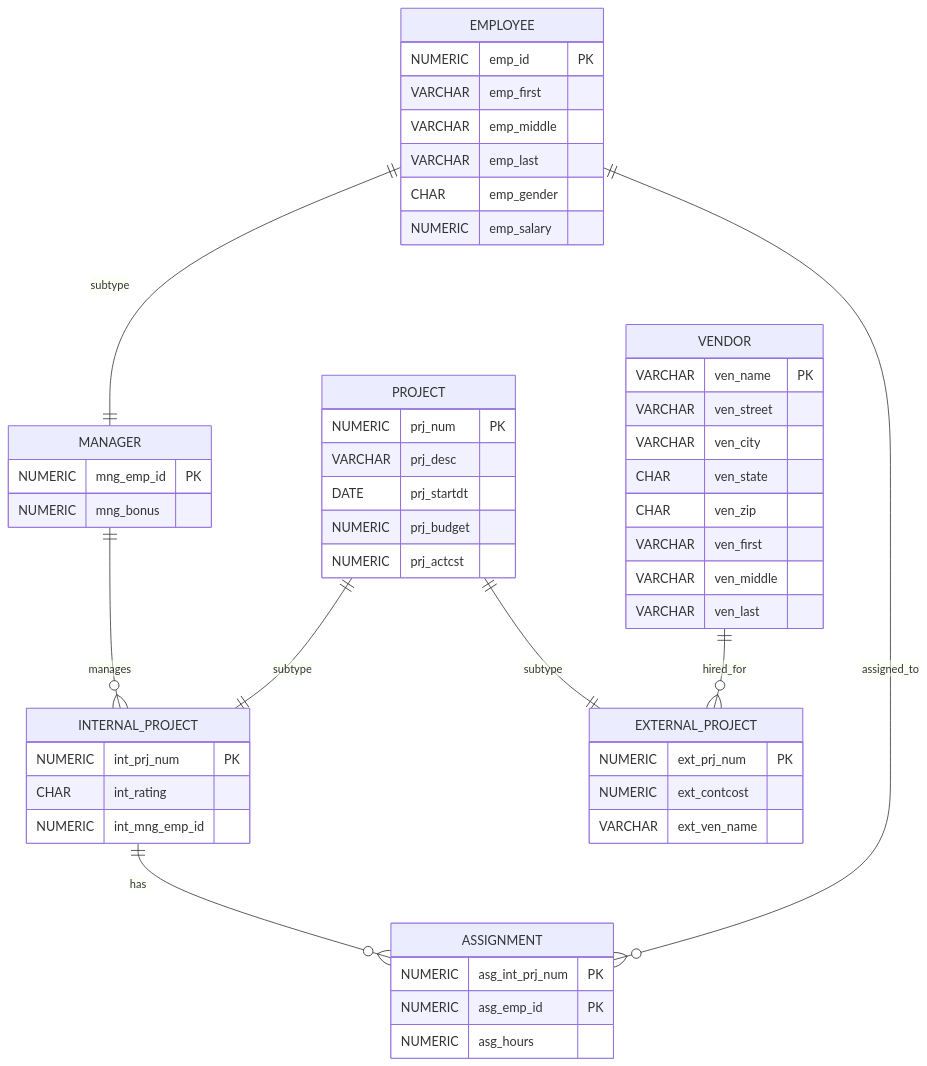
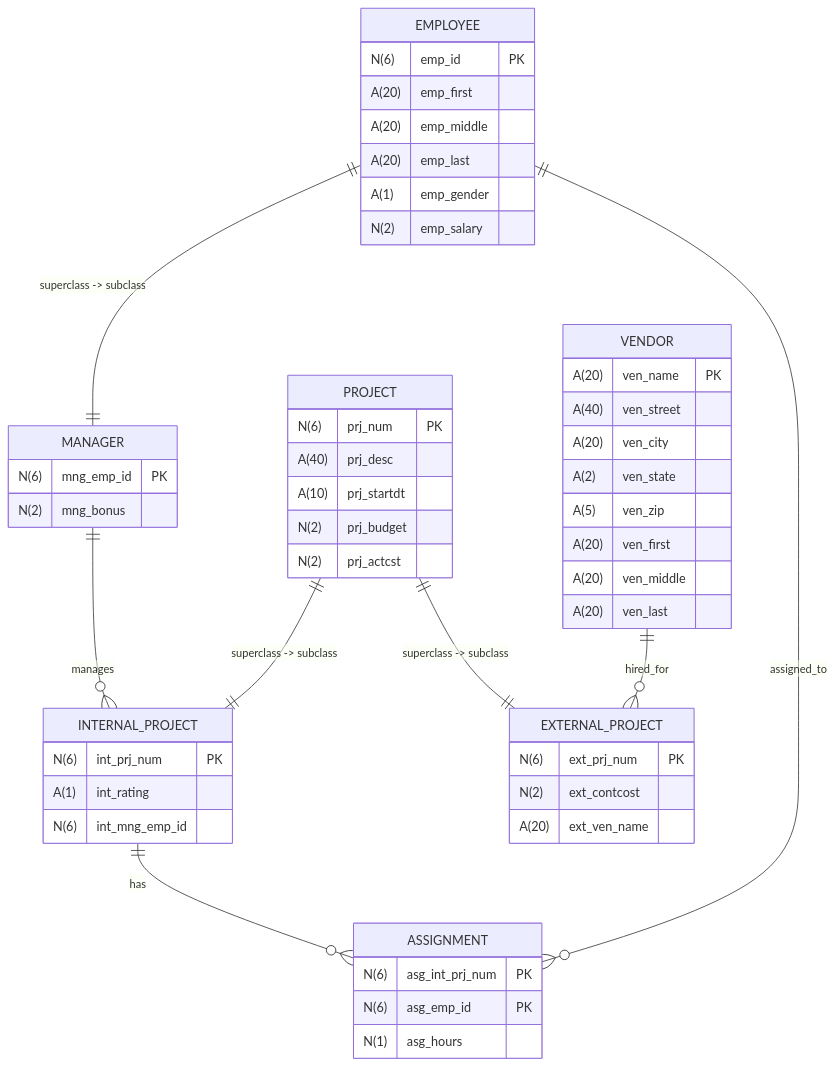
One commit to kiganyamburu/is7032 changed the diagram in Figure3_Validated_InformationPreservingModel.mmd. Above: the diagram before and after it, drawn with Mermaid. The commit also changed 16 other files, not shown here.

```diff
--- a/Figure3_Validated_InformationPreservingModel.mmd
+++ b/Figure3_Validated_InformationPreservingModel.mmd
@@ -1,61 +1,61 @@
 erDiagram
     EMPLOYEE {
-        NUMERIC emp_id PK
-        VARCHAR emp_first
-        VARCHAR emp_middle
-        VARCHAR emp_last
-        CHAR emp_gender
-        NUMERIC emp_salary
+        N(6) emp_id PK
+        A(20) emp_first
+        A(20) emp_middle
+        A(20) emp_last
+        A(1) emp_gender
+        N(2) emp_salary
     }
 
     MANAGER {
-        NUMERIC mng_emp_id PK
-        NUMERIC mng_bonus
+        N(6) mng_emp_id PK
+        N(2) mng_bonus
     }
 
     PROJECT {
-        NUMERIC prj_num PK
-        VARCHAR prj_desc
-        DATE prj_startdt
-        NUMERIC prj_budget
-        NUMERIC prj_actcst
+        N(6) prj_num PK
+        A(40) prj_desc
+        A(10) prj_startdt
+        N(2) prj_budget
+        N(2) prj_actcst
     }
 
     INTERNAL_PROJECT {
-        NUMERIC int_prj_num PK
-        CHAR int_rating
-        NUMERIC int_mng_emp_id
+        N(6) int_prj_num PK
+        A(1) int_rating
+        N(6) int_mng_emp_id
     }
 
     EXTERNAL_PROJECT {
-        NUMERIC ext_prj_num PK
-        NUMERIC ext_contcost
-        VARCHAR ext_ven_name
+        N(6) ext_prj_num PK
+        N(2) ext_contcost
+        A(20) ext_ven_name
     }
 
     VENDOR {
-        VARCHAR ven_name PK
-        VARCHAR ven_street
-        VARCHAR ven_city
-        CHAR ven_state
-        CHAR ven_zip
-        VARCHAR ven_first
-        VARCHAR ven_middle
-        VARCHAR ven_last
+        A(20) ven_name PK
+        A(40) ven_street
+        A(20) ven_city
+        A(2) ven_state
+        A(5) ven_zip
+        A(20) ven_first
+        A(20) ven_middle
+        A(20) ven_last
     }
 
     ASSIGNMENT {
-        NUMERIC asg_int_prj_num PK
-        NUMERIC asg_emp_id PK
-        NUMERIC asg_hours
+        N(6) asg_int_prj_num PK
+        N(6) asg_emp_id PK
+        N(1) asg_hours
     }
 
-    EMPLOYEE ||--|| MANAGER : "subtype"
-    PROJECT ||--|| INTERNAL_PROJECT : "subtype"
-    PROJECT ||--|| EXTERNAL_PROJECT : "subtype"
+    EMPLOYEE ||--|| MANAGER : "superclass -> subclass"
+    PROJECT ||--|| INTERNAL_PROJECT : "superclass -> subclass"
+    PROJECT ||--|| EXTERNAL_PROJECT : "superclass -> subclass"
 
     MANAGER ||--o{ INTERNAL_PROJECT : "manages"
     VENDOR ||--o{ EXTERNAL_PROJECT : "hired_for"
 
     INTERNAL_PROJECT ||--o{ ASSIGNMENT : "has"
     EMPLOYEE ||--o{ ASSIGNMENT : "assigned_to"
```
